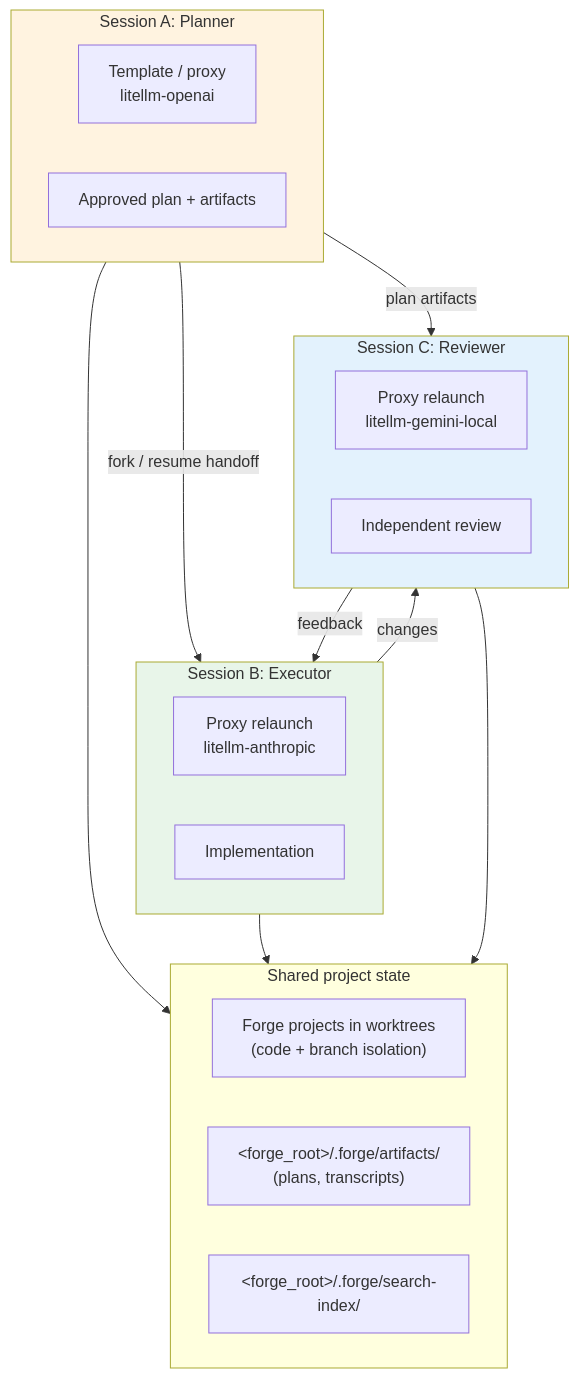
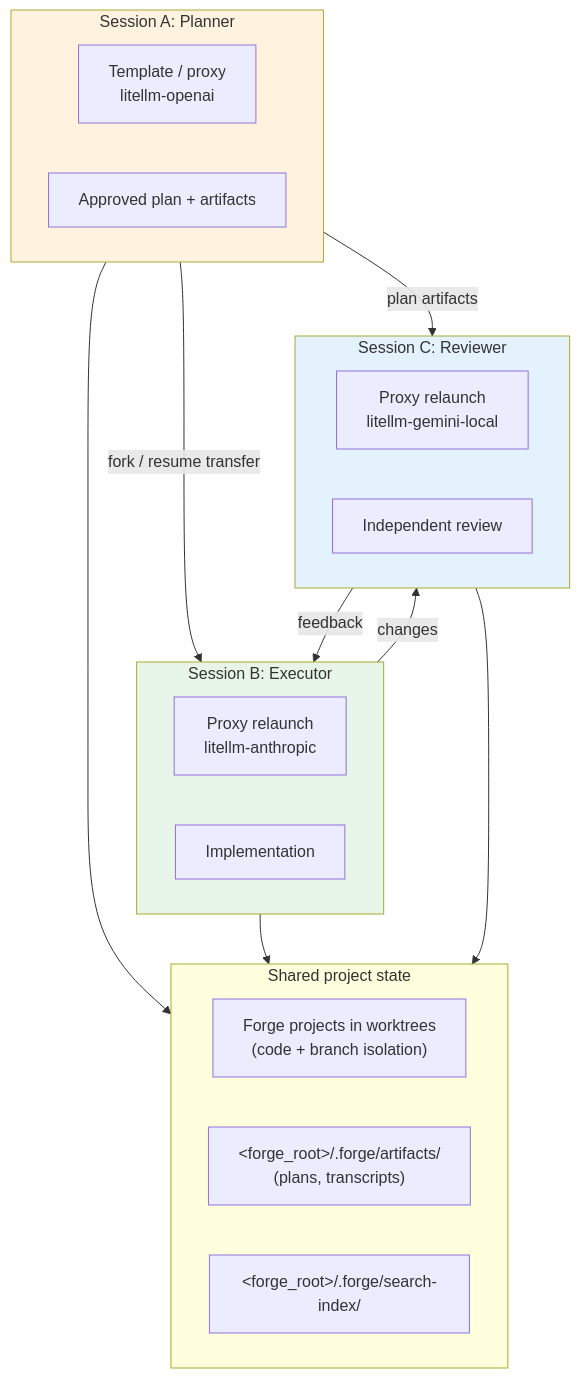
The seventh of 10 diagrams in docs/diagrams.md (hapa1i/multi-forge), drawn with Mermaid before and after one commit. The commit also changed other lines of this file and 88 other files, not shown here.

First line of the commit message:
refactor: resolve handoff naming → memory writer + transfer (memory_substrate) (#8)

````diff
--- a/docs/diagrams.md
+++ b/docs/diagrams.md
@@ -270,36 +270,36 @@
 ```mermaid
 flowchart TB
     subgraph Planning["Session A: Planner"]
         PA["Template / proxy<br/>litellm-openai"]
         Plan["Approved plan + artifacts"]
     end
 
     subgraph Execution["Session B: Executor"]
         PB["Proxy relaunch<br/>litellm-anthropic"]
         Code["Implementation"]
     end
 
     subgraph Review["Session C: Reviewer"]
         PC["Proxy relaunch<br/>litellm-gemini-local"]
         Feedback["Independent review"]
     end
 
-    Planning -->|fork / resume handoff| Execution
+    Planning -->|fork / resume transfer| Execution
     Planning -->|plan artifacts| Review
     Execution -->|changes| Review
     Review -->|feedback| Execution
 
     subgraph SharedState["Shared project state"]
         Repo["Forge projects in worktrees<br/>(code + branch isolation)"]
         Artifacts["&lt;forge_root&gt;/.forge/artifacts/<br/>(plans, transcripts)"]
         Search["&lt;forge_root&gt;/.forge/search-index/"]
     end
 
     Planning --> SharedState
     Execution --> SharedState
     Review --> SharedState
 
     style Planning fill:#fff3e0
     style Execution fill:#e8f5e9
     style Review fill:#e3f2fd
 ```
````
